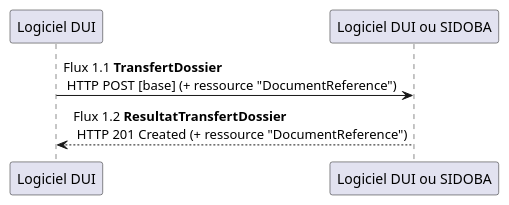
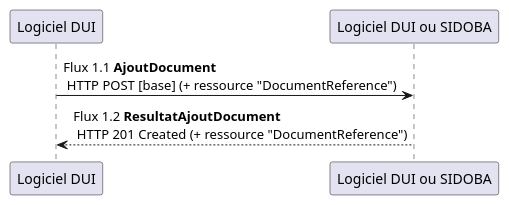
Before and after one commit to ansforge/IG-fhir-transfert-donnees-dui-esms: the diagram in input/images-source/flux1.plantuml, drawn with PlantUML. The commit also changed 8 other files, not shown here.

```diff
--- a/input/images-source/flux1.plantuml
+++ b/input/images-source/flux1.plantuml
@@ -1,6 +1,6 @@
 @startuml
 
-"Logiciel DUI" -> "Logiciel DUI ou SIDOBA" : Flux 1.1 **TransfertDossier** \n HTTP POST [base] (+ ressource "DocumentReference")
-"Logiciel DUI" <-- "Logiciel DUI ou SIDOBA" : Flux 1.2 **ResultatTransfertDossier** \n HTTP 201 Created (+ ressource "DocumentReference")
+"Logiciel DUI" -> "Logiciel DUI ou SIDOBA" : Flux 1.1 **AjoutDocument** \n HTTP POST [base] (+ ressource "DocumentReference")
+"Logiciel DUI" <-- "Logiciel DUI ou SIDOBA" : Flux 1.2 **ResultatAjoutDocument** \n HTTP 201 Created (+ ressource "DocumentReference")
 
 @enduml
```
